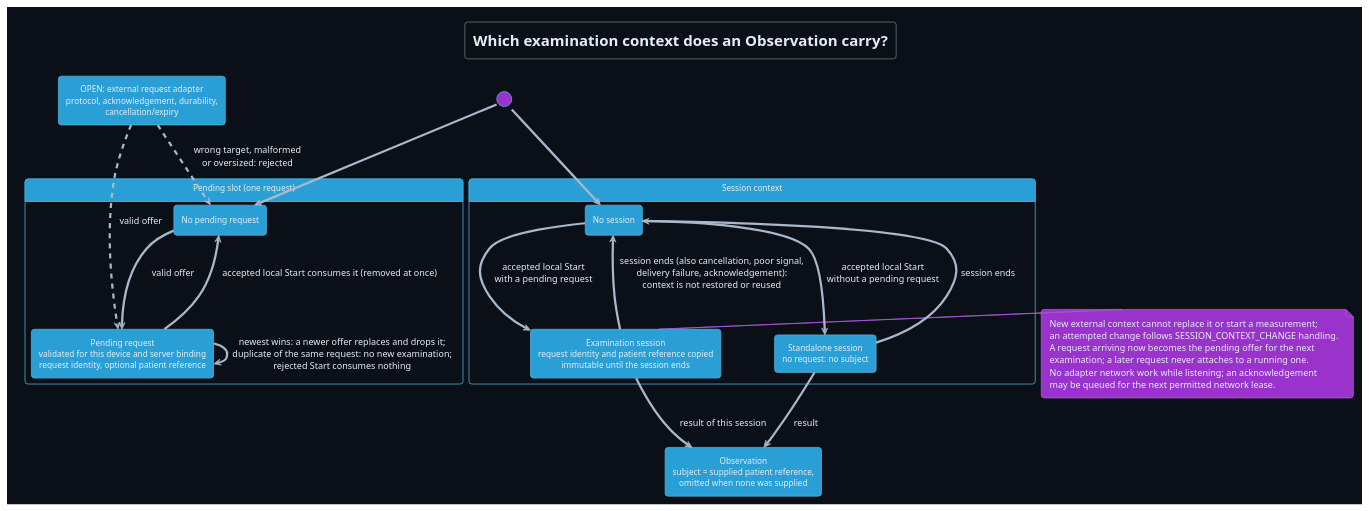
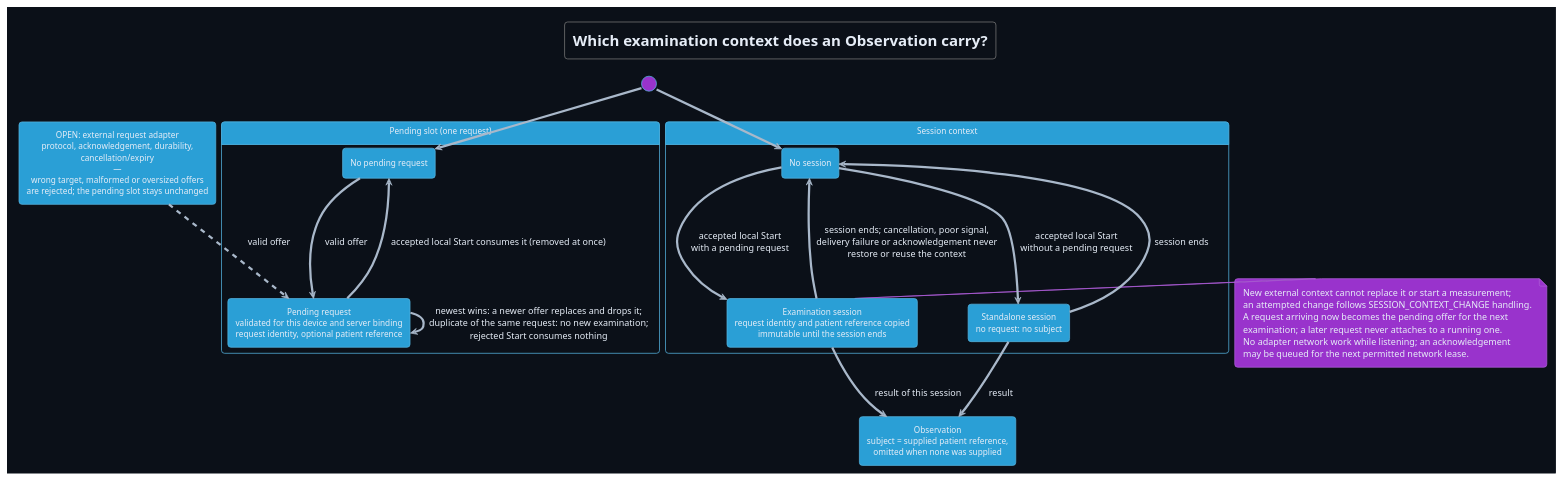
Before and after one commit to DemonicPsychoII/DigitalStethoscope: the diagram in Development/system/design/COMMUNICATION/examination-request-lifecycle.puml, drawn with PlantUML. The commit also changed 11 other files, not shown here.

First line of the commit message:
documentation: correct five diagram statements that differed from the design and remove as-built wording from the STORAGE design

```diff
--- a/Development/system/design/COMMUNICATION/examination-request-lifecycle.puml
+++ b/Development/system/design/COMMUNICATION/examination-request-lifecycle.puml
@@ -1,43 +1,42 @@
 @startuml examination_request_lifecycle
 !theme cyborg
 skinparam shadowing false
 skinparam defaultFontName SansSerif
 skinparam backgroundColor #0b1018
 skinparam defaultFontColor #e6edf7
 skinparam ArrowColor #a9b8ca
 !pragma layout smetana
 title Which examination context does an Observation carry?
 hide empty description
-state "OPEN: external request adapter\nprotocol, acknowledgement, durability,\ncancellation/expiry" as Adapter
+state "OPEN: external request adapter\nprotocol, acknowledgement, durability,\ncancellation/expiry\n—\nwrong target, malformed or oversized offers\nare rejected; the pending slot stays unchanged" as Adapter
 state "Pending slot (one request)" as Slot {
  state "No pending request" as Empty
  state "Pending request\nvalidated for this device and server binding\nrequest identity, optional patient reference" as Pending
 }
 state "Session context" as Session {
  state "No session" as NoSession
  state "Examination session\nrequest identity and patient reference copied\nimmutable until the session ends" as Active
  state "Standalone session\nno request: no subject" as Standalone
 }
 state "Observation\nsubject = supplied patient reference,\nomitted when none was supplied" as Observation
 Adapter -[dashed]-> Pending : valid offer
-Adapter -[dashed]-> Empty : wrong target, malformed\nor oversized: rejected
 [*] --> Empty
 Empty --> Pending : valid offer
 Pending --> Pending : newest wins: a newer offer replaces and drops it;\nduplicate of the same request: no new examination;\nrejected Start consumes nothing
 Pending --> Empty : accepted local Start consumes it (removed at once)
 [*] --> NoSession
 NoSession --> Active : accepted local Start\nwith a pending request
 NoSession --> Standalone : accepted local Start\nwithout a pending request
 Active --> Observation : result of this session
 Standalone --> Observation : result
-Active --> NoSession : session ends (also cancellation, poor signal,\ndelivery failure, acknowledgement):\ncontext is not restored or reused
+Active --> NoSession : session ends; cancellation, poor signal,\ndelivery failure or acknowledgement never\nrestore or reuse the context
 Standalone --> NoSession : session ends
 note right of Active
  New external context cannot replace it or start a measurement;
  an attempted change follows SESSION_CONTEXT_CHANGE handling.
  A request arriving now becomes the pending offer for the next
  examination; a later request never attaches to a running one.
  No adapter network work while listening; an acknowledgement
  may be queued for the next permitted network lease.
 end note
 @enduml
```
